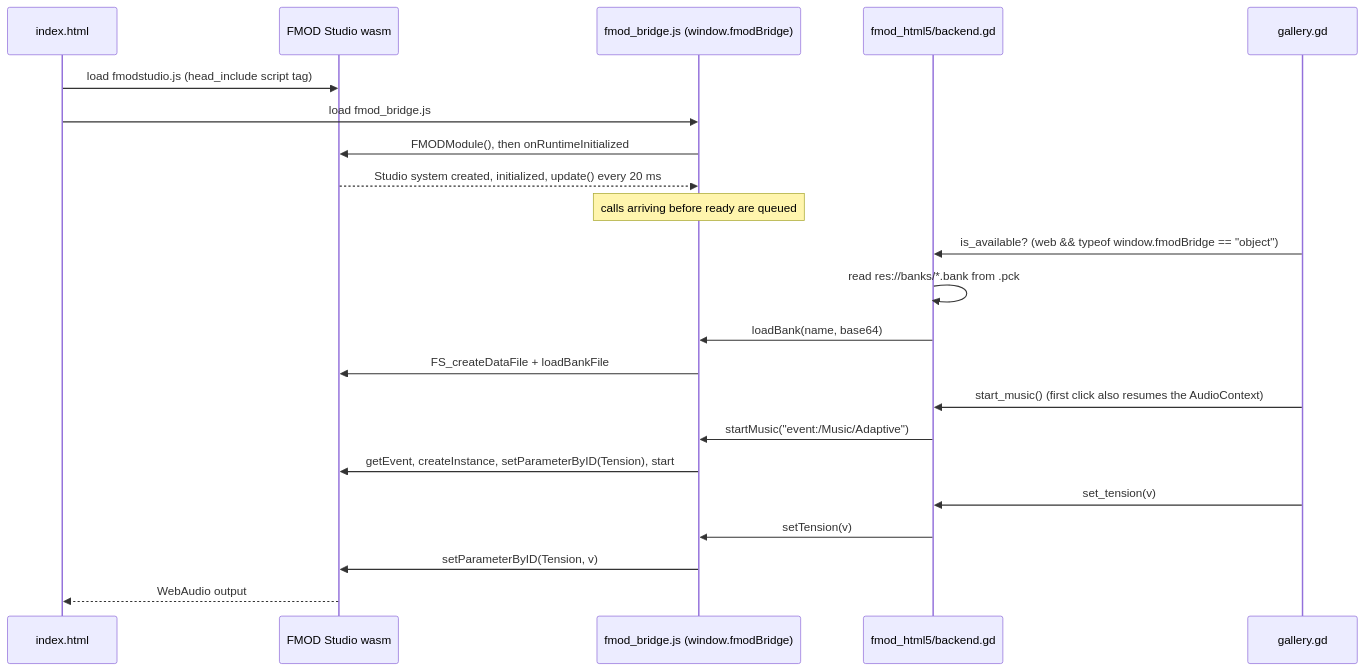
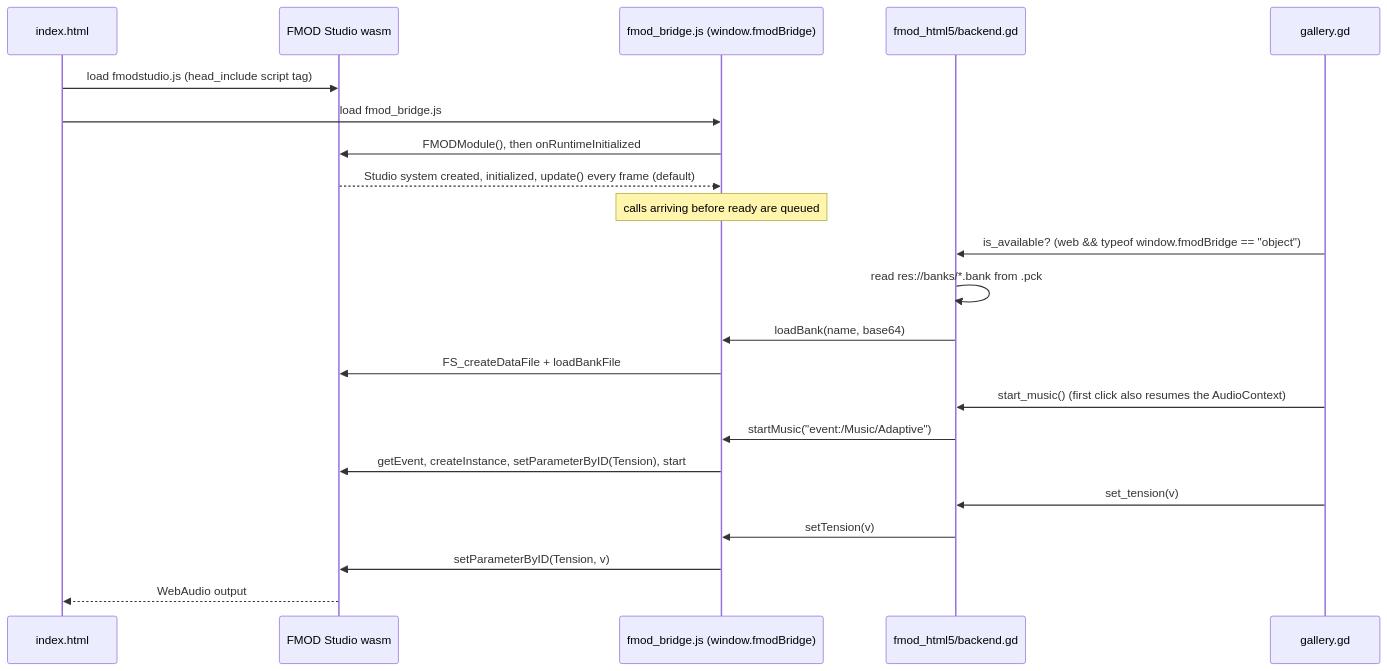
Before and after one commit to THE-ORONCO/prototype-fmod-audio-in-godot-web-export: the first of 2 diagrams in docs/prototypes/fmod-html5.md, drawn with Mermaid. The commit also changed other lines of this file and 7 other files, not shown here.

````diff
--- a/docs/prototypes/fmod-html5.md
+++ b/docs/prototypes/fmod-html5.md
@@ -13,24 +13,24 @@
 ```mermaid
 sequenceDiagram
     participant Page as index.html
     participant F as FMOD Studio wasm
     participant Br as fmod_bridge.js (window.fmodBridge)
     participant B as fmod_html5/backend.gd
     participant G as gallery.gd
     Page ->> F: load fmodstudio.js (head_include script tag)
     Page ->> Br: load fmod_bridge.js
     Br ->> F: FMODModule(), then onRuntimeInitialized
-    F -->> Br: Studio system created, initialized, update() every 20 ms
+    F -->> Br: Studio system created, initialized, update() every frame (default)
     Note over Br: calls arriving before ready are queued
     G ->> B: is_available? (web && typeof window.fmodBridge == "object")
     B ->> B: read res://banks/*.bank from .pck
     B ->> Br: loadBank(name, base64)
     Br ->> F: FS_createDataFile + loadBankFile
     G ->> B: start_music() (first click also resumes the AudioContext)
     B ->> Br: startMusic("event:/Music/Adaptive")
     Br ->> F: getEvent, createInstance, setParameterByID(Tension), start
     G ->> B: set_tension(v)
     B ->> Br: setTension(v)
     Br ->> F: setParameterByID(Tension, v)
     F -->> Page: WebAudio output
 ```
````
